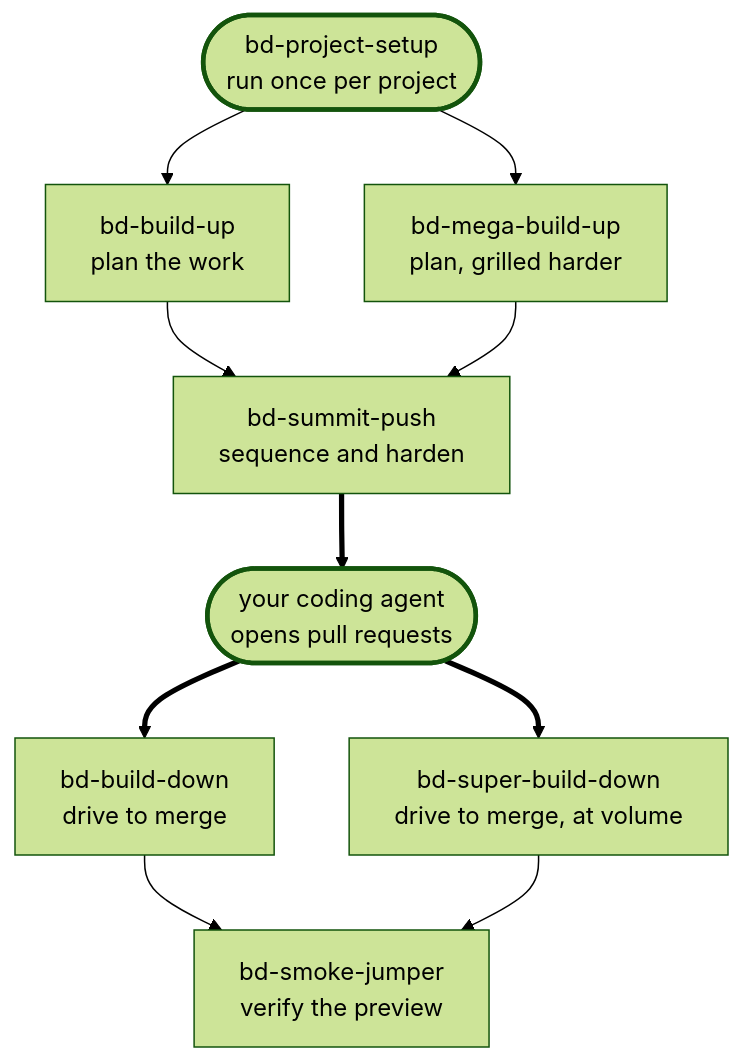
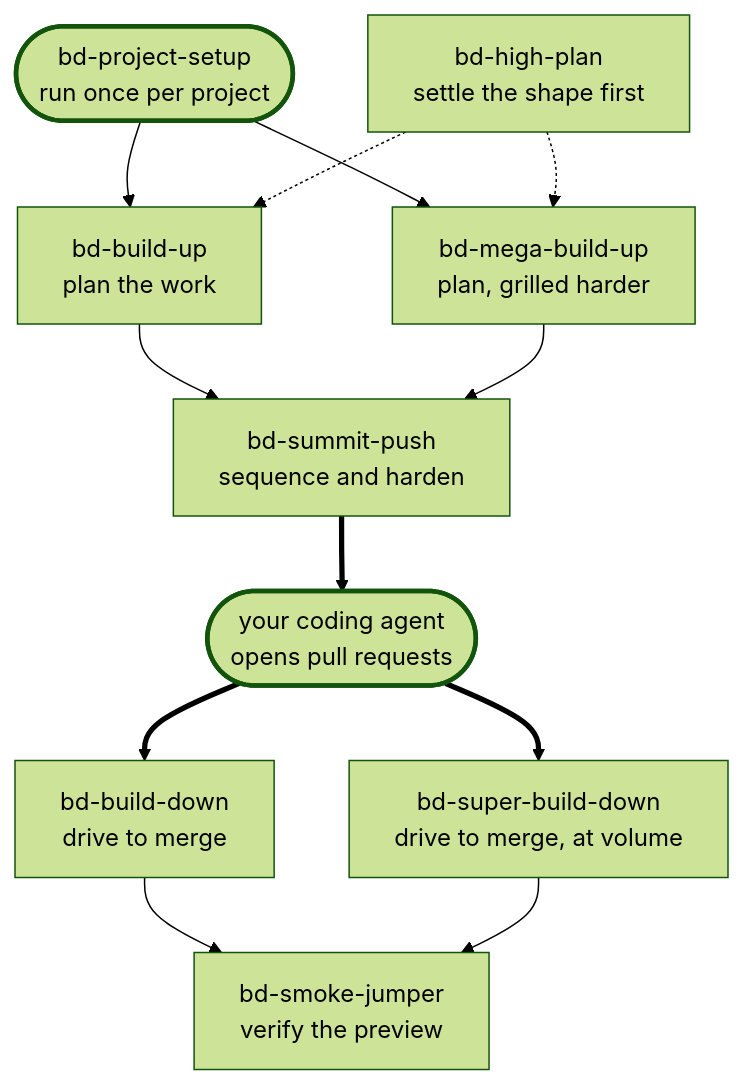
Before and after one commit to BuildDownAI/docs: the diagram in latest/skills/introduction.mdx, drawn with Mermaid (forest theme). The commit also changed other lines of this file and 24 other files, not shown here.

````diff
--- a/latest/skills/introduction.mdx
+++ b/latest/skills/introduction.mdx
@@ -27,24 +30,27 @@
 ```mermaid
 graph TD
     setup(["bd-project-setup<br/>run once per project"])
+    high["bd-high-plan<br/>settle the shape first"]
     up["bd-build-up<br/>plan the work"]
     mega["bd-mega-build-up<br/>plan, grilled harder"]
     push["bd-summit-push<br/>sequence and harden"]
     agent(["your coding agent<br/>opens pull requests"])
     down["bd-build-down<br/>drive to merge"]
     sdown["bd-super-build-down<br/>drive to merge, at volume"]
     smoke["bd-smoke-jumper<br/>verify the preview"]
 
     setup --> up
     setup --> mega
+    high -.-> up
+    high -.-> mega
     up --> push
     mega --> push
     push ==> agent
     agent ==> down
     agent ==> sdown
     down --> smoke
     sdown --> smoke
 
     classDef external stroke-width:3px
     class agent,setup external
 ```
````
